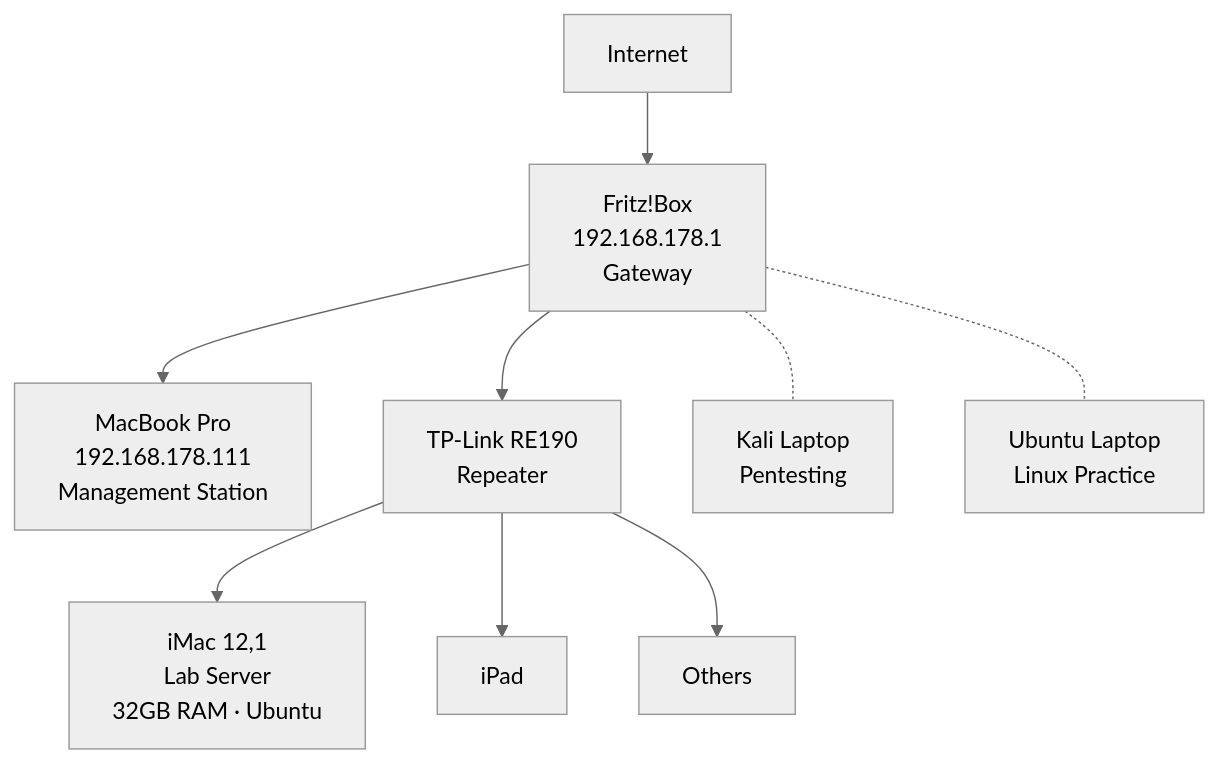
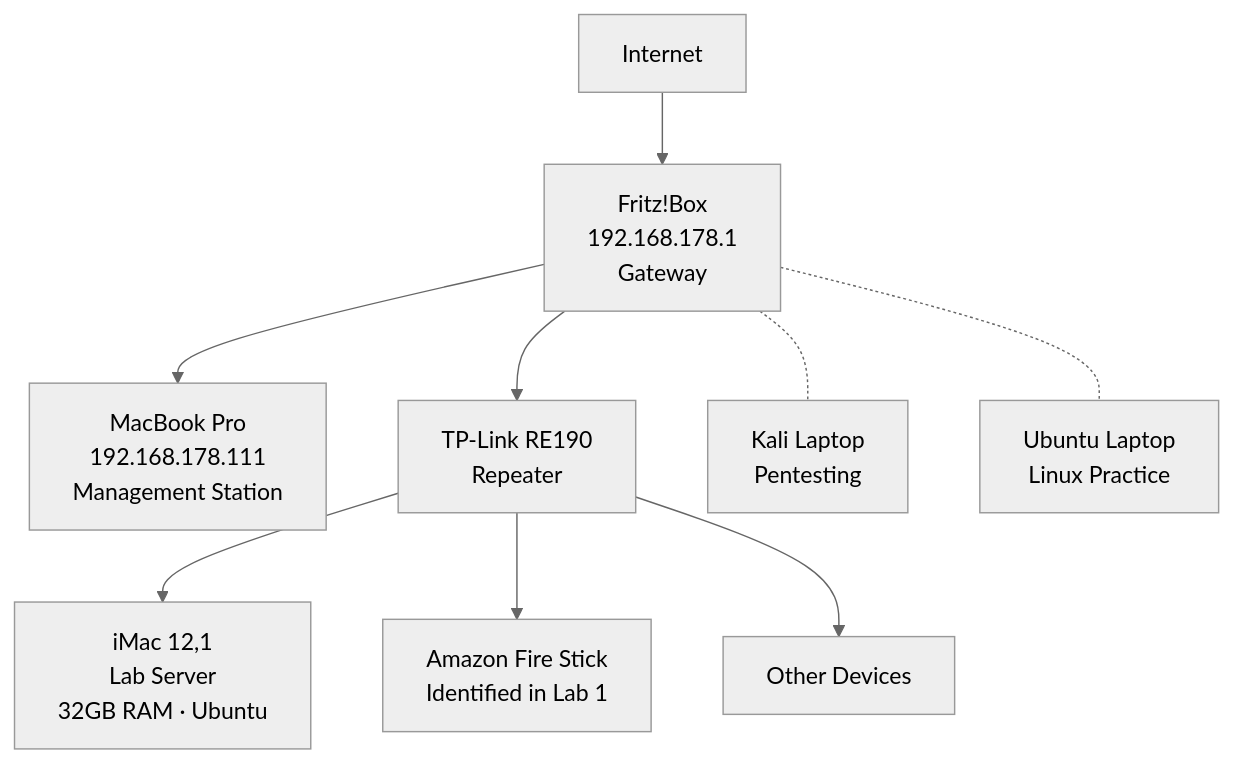
One commit to cyb-ersin/HomeLab_Projects changed the diagram in README.md. Above: the diagram before and after it, drawn with Mermaid (neutral theme). The commit also changed other lines of this file, not shown here.

````diff
--- a/README.md
+++ b/README.md
@@ -10,11 +14,11 @@
 ```mermaid
 graph TD
     Internet[Internet] --> FritzBox[Fritz!Box<br>192.168.178.1<br>Gateway]
     FritzBox --> MacBook[MacBook Pro<br>192.168.178.111<br>Management Station]
     FritzBox --> Repeater[TP-Link RE190<br>Repeater]
     Repeater --> iMac[iMac 12,1<br>Lab Server<br>32GB RAM · Ubuntu]
-    Repeater --> iPad[iPad]
-    Repeater --> Others[Others]
+    Repeater --> FireStick[Amazon Fire Stick<br>Identified in Lab 1]
+    Repeater --> Others[Other Devices]
     FritzBox -.- Kali[Kali Laptop<br>Pentesting]
     FritzBox -.- Ubuntu[Ubuntu Laptop<br>Linux Practice]
 ```
````
